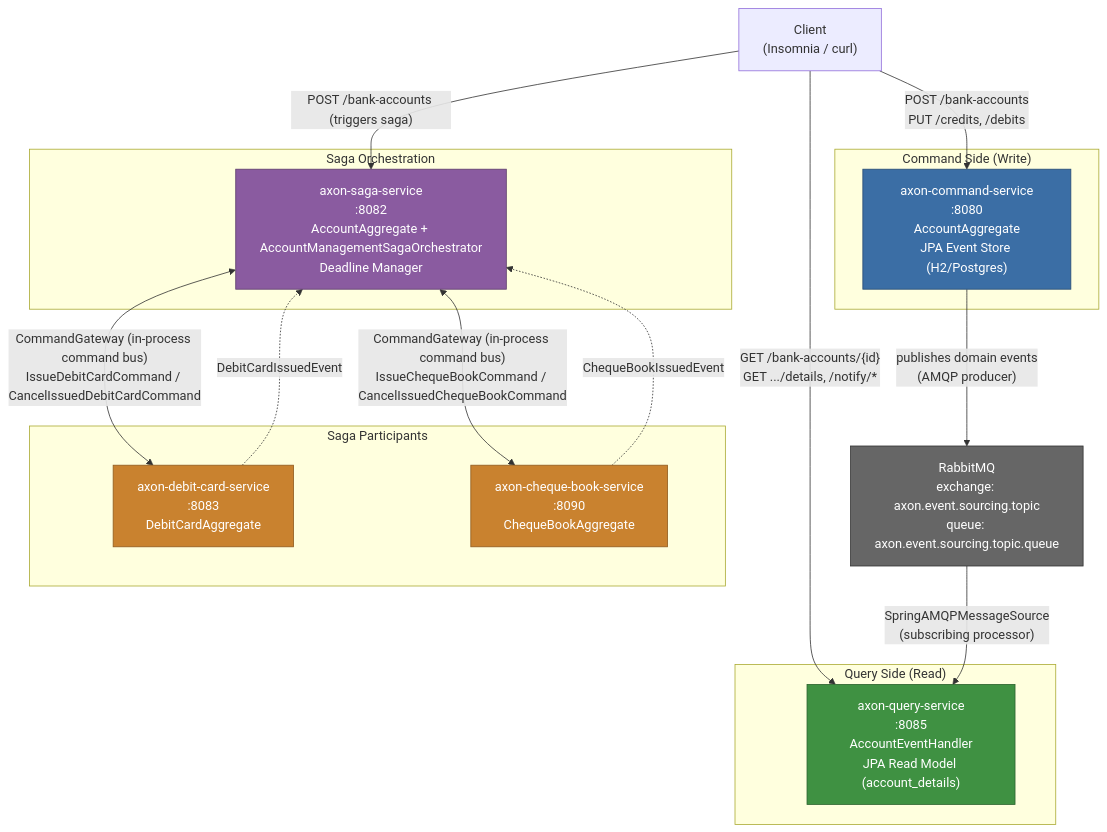
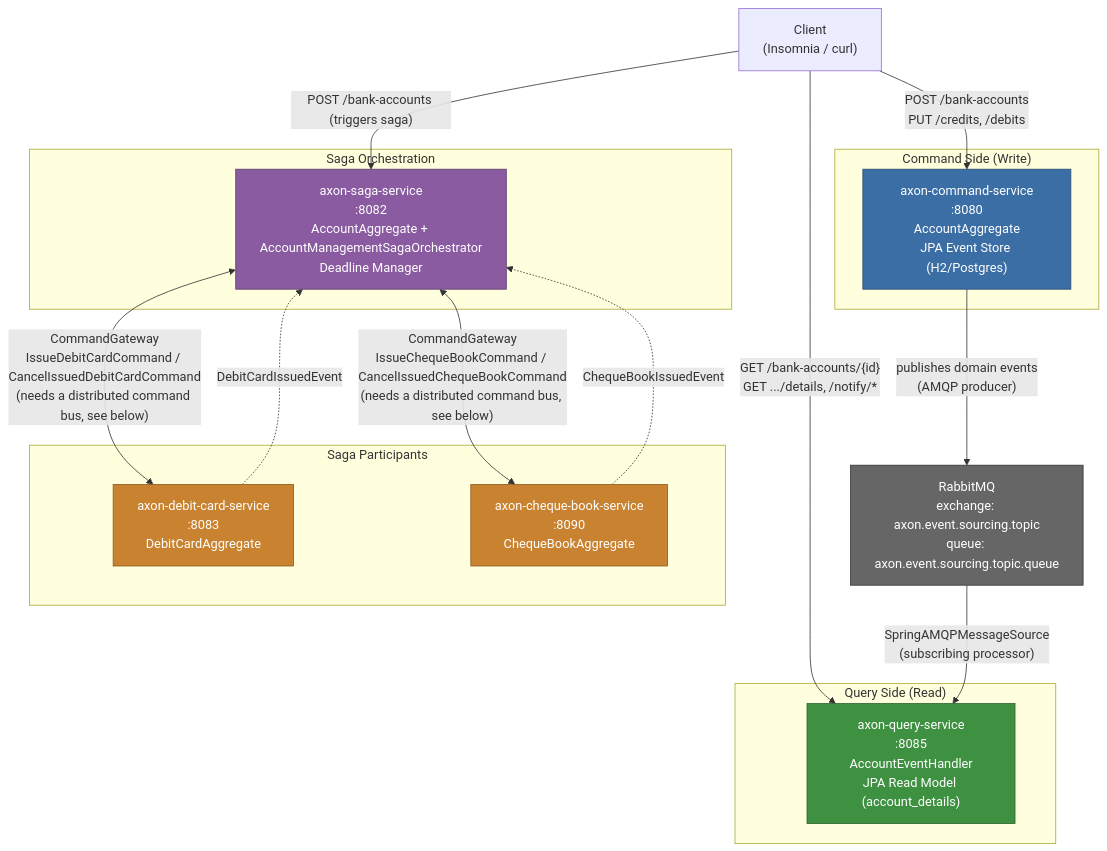
The first of 2 diagrams in README.md (himnay/learning-axon), drawn with Mermaid before and after one commit. The commit also changed other lines of this file and 2 other files, not shown here.

````diff
--- a/README.md
+++ b/README.md
@@ -76,47 +76,47 @@
 ```mermaid
 flowchart TB
     Client["Client<br/>(Insomnia / curl)"]
 
     subgraph CommandSide["Command Side (Write)"]
         CmdSvc["axon-command-service<br/>:8080<br/>AccountAggregate<br/>JPA Event Store (H2/Postgres)"]
     end
 
     subgraph SagaSide["Saga Orchestration"]
         SagaSvc["axon-saga-service<br/>:8082<br/>AccountAggregate + AccountManagementSagaOrchestrator<br/>Deadline Manager"]
     end
 
     subgraph Participants["Saga Participants"]
         DebitSvc["axon-debit-card-service<br/>:8083<br/>DebitCardAggregate"]
         ChequeSvc["axon-cheque-book-service<br/>:8090<br/>ChequeBookAggregate"]
     end
 
     subgraph QuerySide["Query Side (Read)"]
         QuerySvc["axon-query-service<br/>:8085<br/>AccountEventHandler<br/>JPA Read Model (account_details)"]
     end
 
     Bus["RabbitMQ<br/>exchange: axon.event.sourcing.topic<br/>queue: axon.event.sourcing.topic.queue"]
 
     Client -- "POST /bank-accounts<br/>PUT /credits, /debits" --> CmdSvc
     Client -- "POST /bank-accounts (triggers saga)" --> SagaSvc
     Client -- "GET /bank-accounts/{id}<br/>GET .../details, /notify/*" --> QuerySvc
 
     CmdSvc -- "publishes domain events<br/>(AMQP producer)" --> Bus
     Bus -- "SpringAMQPMessageSource<br/>(subscribing processor)" --> QuerySvc
 
-    SagaSvc <-- "CommandGateway (in-process command bus)<br/>IssueDebitCardCommand / CancelIssuedDebitCardCommand" --> DebitSvc
-    SagaSvc <-- "CommandGateway (in-process command bus)<br/>IssueChequeBookCommand / CancelIssuedChequeBookCommand" --> ChequeSvc
+    SagaSvc <-- "CommandGateway<br/>IssueDebitCardCommand / CancelIssuedDebitCardCommand<br/>(needs a distributed command bus, see below)" --> DebitSvc
+    SagaSvc <-- "CommandGateway<br/>IssueChequeBookCommand / CancelIssuedChequeBookCommand<br/>(needs a distributed command bus, see below)" --> ChequeSvc
     DebitSvc -. "DebitCardIssuedEvent" .-> SagaSvc
     ChequeSvc -. "ChequeBookIssuedEvent" .-> SagaSvc
 
     classDef write fill:#3b6ea5,stroke:#274b73,color:#fff
     classDef saga fill:#8a5ba0,stroke:#5c3d6b,color:#fff
     classDef part fill:#c9822f,stroke:#8f5b1f,color:#fff
     classDef read fill:#3f9142,stroke:#2b632e,color:#fff
     classDef bus fill:#666,stroke:#333,color:#fff
 
     class CmdSvc write
     class SagaSvc saga
     class DebitSvc,ChequeSvc part
     class QuerySvc read
     class Bus bus
 ```
````
